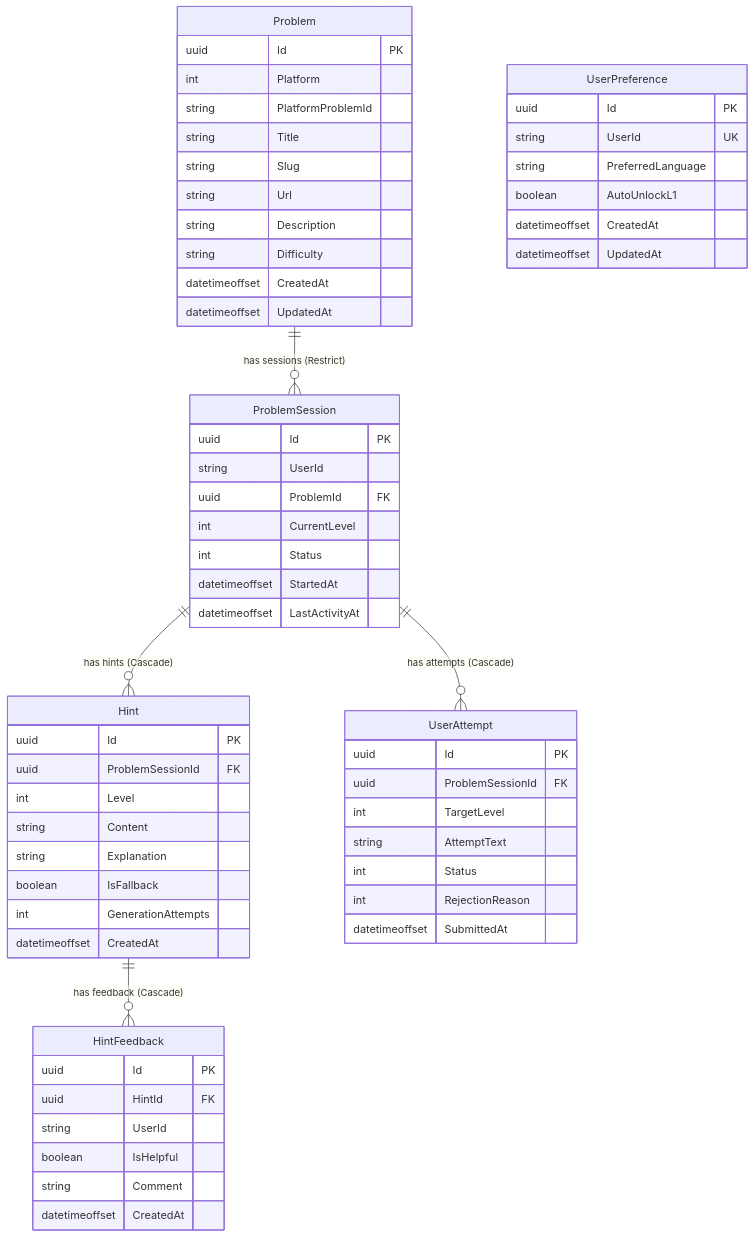
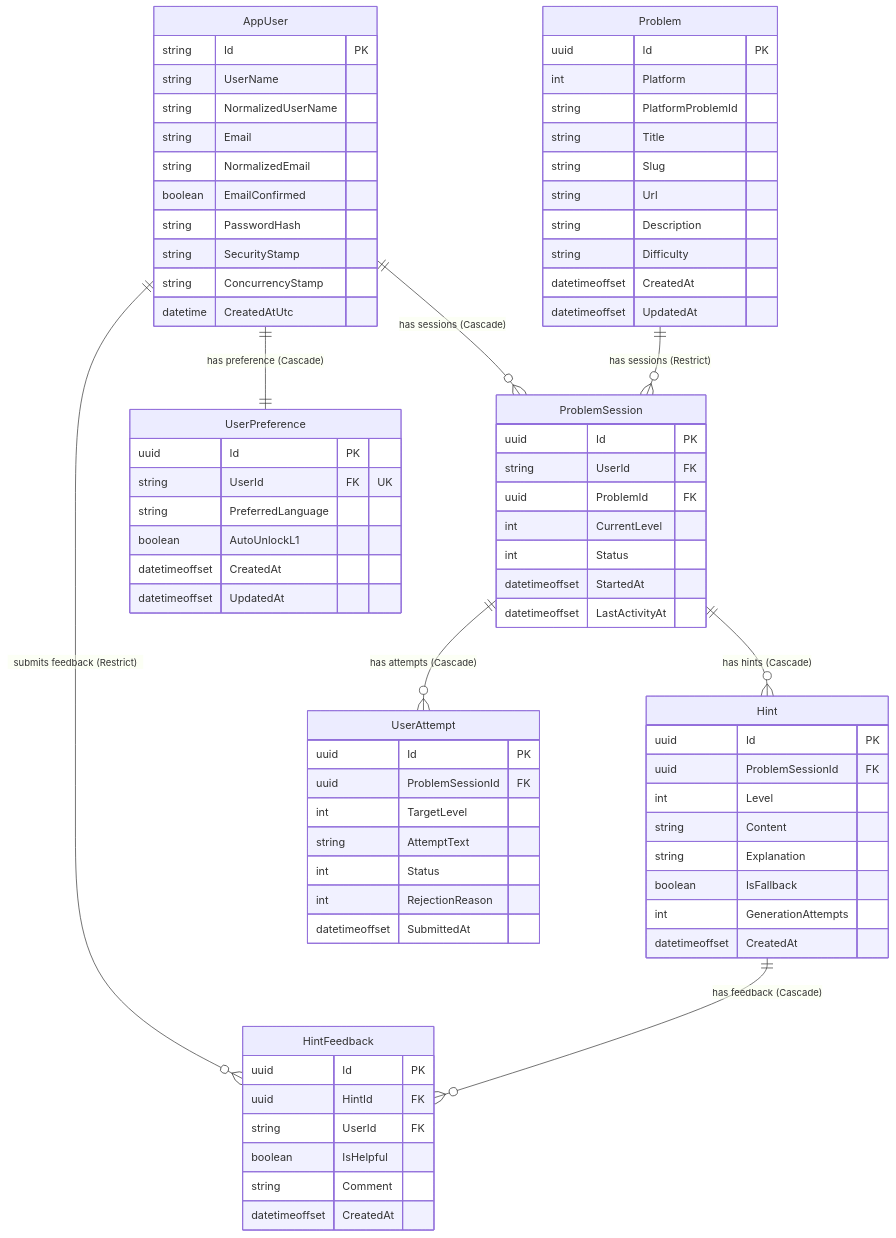
The diagram in docs/Database-Design.md (Ariram06/CodeXO), drawn with Mermaid before and after one commit. The commit also changed other lines of this file and 2 other files, not shown here.

````diff
--- a/docs/Database-Design.md
+++ b/docs/Database-Design.md
@@ -7,63 +7,79 @@
 ```mermaid
 erDiagram
+    AppUser ||--o{ ProblemSession : "has sessions (Cascade)"
+    AppUser ||--|| UserPreference : "has preference (Cascade)"
+    AppUser ||--o{ HintFeedback : "submits feedback (Restrict)"
     Problem ||--o{ ProblemSession : "has sessions (Restrict)"
     ProblemSession ||--o{ Hint : "has hints (Cascade)"
     ProblemSession ||--o{ UserAttempt : "has attempts (Cascade)"
     Hint ||--o{ HintFeedback : "has feedback (Cascade)"
+
+    AppUser {
+        string Id PK
+        string UserName
+        string NormalizedUserName
+        string Email
+        string NormalizedEmail
+        boolean EmailConfirmed
+        string PasswordHash
+        string SecurityStamp
+        string ConcurrencyStamp
+        datetime CreatedAtUtc
+    }
     UserPreference {
         uuid Id PK
-        string UserId UK
+        string UserId FK "UK"
         string PreferredLanguage
         boolean AutoUnlockL1
         datetimeoffset CreatedAt
         datetimeoffset UpdatedAt
     }
     Problem {
         uuid Id PK
         int Platform
         string PlatformProblemId
         string Title
         string Slug
         string Url
         string Description
         string Difficulty
         datetimeoffset CreatedAt
         datetimeoffset UpdatedAt
     }
     ProblemSession {
         uuid Id PK
-        string UserId
+        string UserId FK
         uuid ProblemId FK
         int CurrentLevel
         int Status
         datetimeoffset StartedAt
         datetimeoffset LastActivityAt
     }
     Hint {
         uuid Id PK
         uuid ProblemSessionId FK
         int Level
         string Content
         string Explanation
         boolean IsFallback
         int GenerationAttempts
         datetimeoffset CreatedAt
     }
     UserAttempt {
         uuid Id PK
         uuid ProblemSessionId FK
         int TargetLevel
         string AttemptText
         int Status
         int RejectionReason
         datetimeoffset SubmittedAt
     }
     HintFeedback {
         uuid Id PK
         uuid HintId FK
-        string UserId
+        string UserId FK
         boolean IsHelpful
         string Comment
         datetimeoffset CreatedAt
     }
 ```
````
